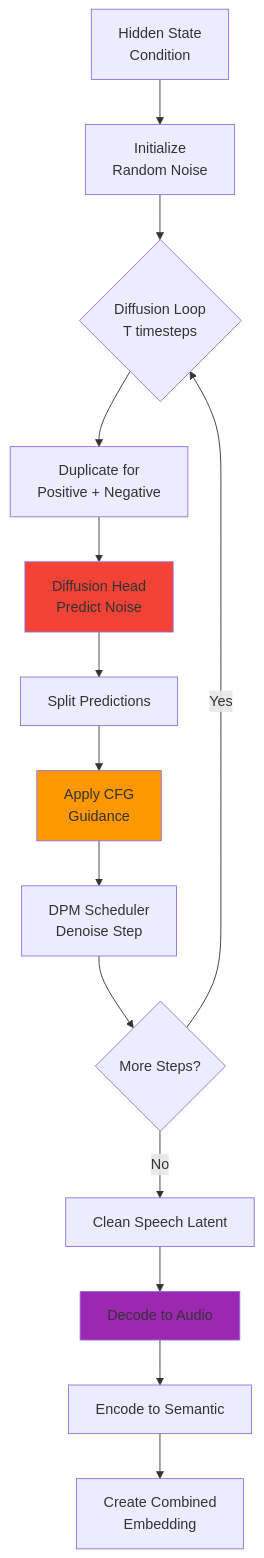
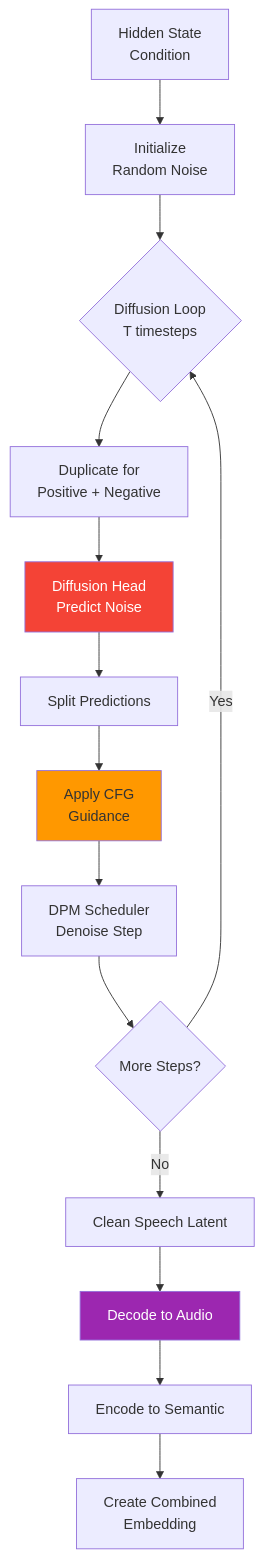
Diagram 15 of 19 in docs/vibevoice_inference_architecture.md (zhao-kun/vibevoice), drawn with Mermaid before and after one commit. The commit also changed other lines of this file, not shown here.

````diff
--- a/docs/vibevoice_inference_architecture.md
+++ b/docs/vibevoice_inference_architecture.md
@@ -1273,24 +1387,24 @@
 ```mermaid
 flowchart TB
     A[Hidden State<br/>Condition] --> B[Initialize<br/>Random Noise]
 
     B --> C{Diffusion Loop<br/>T timesteps}
 
     C --> D[Duplicate for<br/>Positive + Negative]
     D --> E[Diffusion Head<br/>Predict Noise]
     E --> F[Split Predictions]
     F --> G[Apply CFG<br/>Guidance]
     G --> H[DPM Scheduler<br/>Denoise Step]
 
     H --> I{More Steps?}
     I -->|Yes| C
     I -->|No| J[Clean Speech Latent]
 
     J --> K[Decode to Audio]
     K --> L[Encode to Semantic]
     L --> M[Create Combined<br/>Embedding]
 
-    style E fill:#f44336
+    style E fill:#f44336,color:#FFFFFF
     style G fill:#ff9800
-    style K fill:#9c27b0
+    style K fill:#9c27b0,color:#FFFFFF
 ```
````
